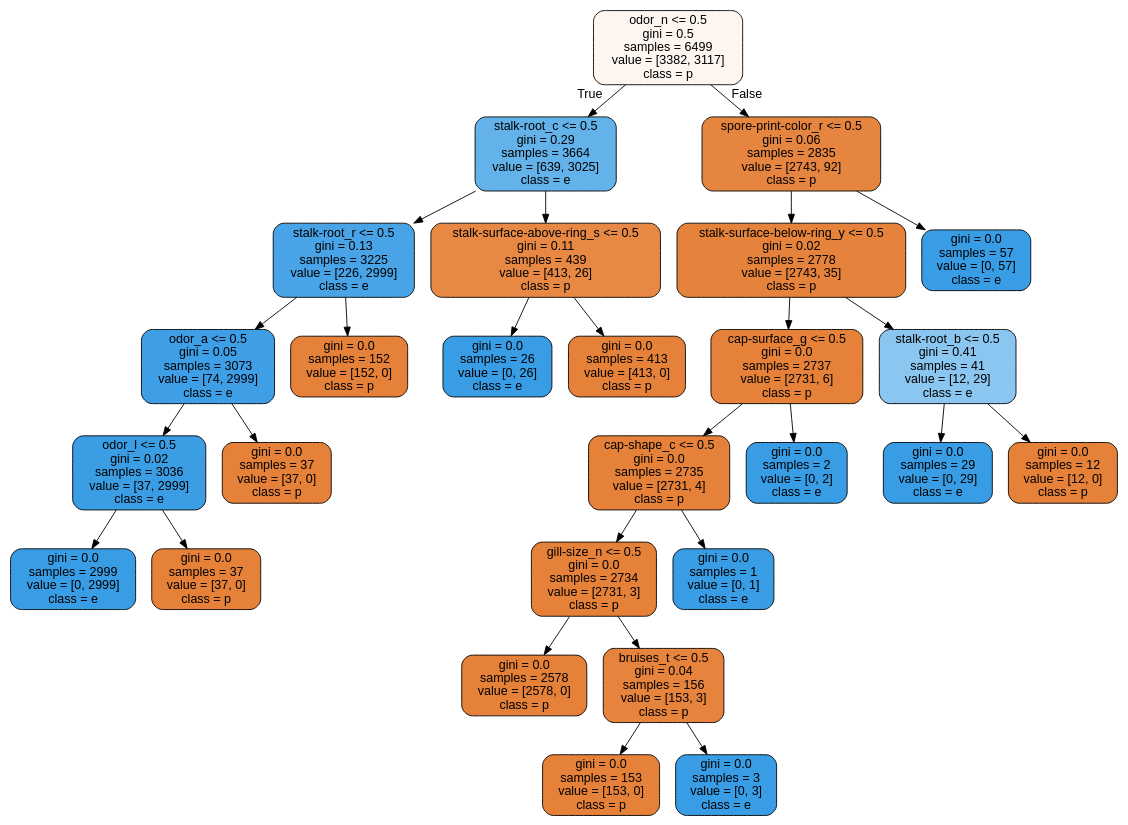
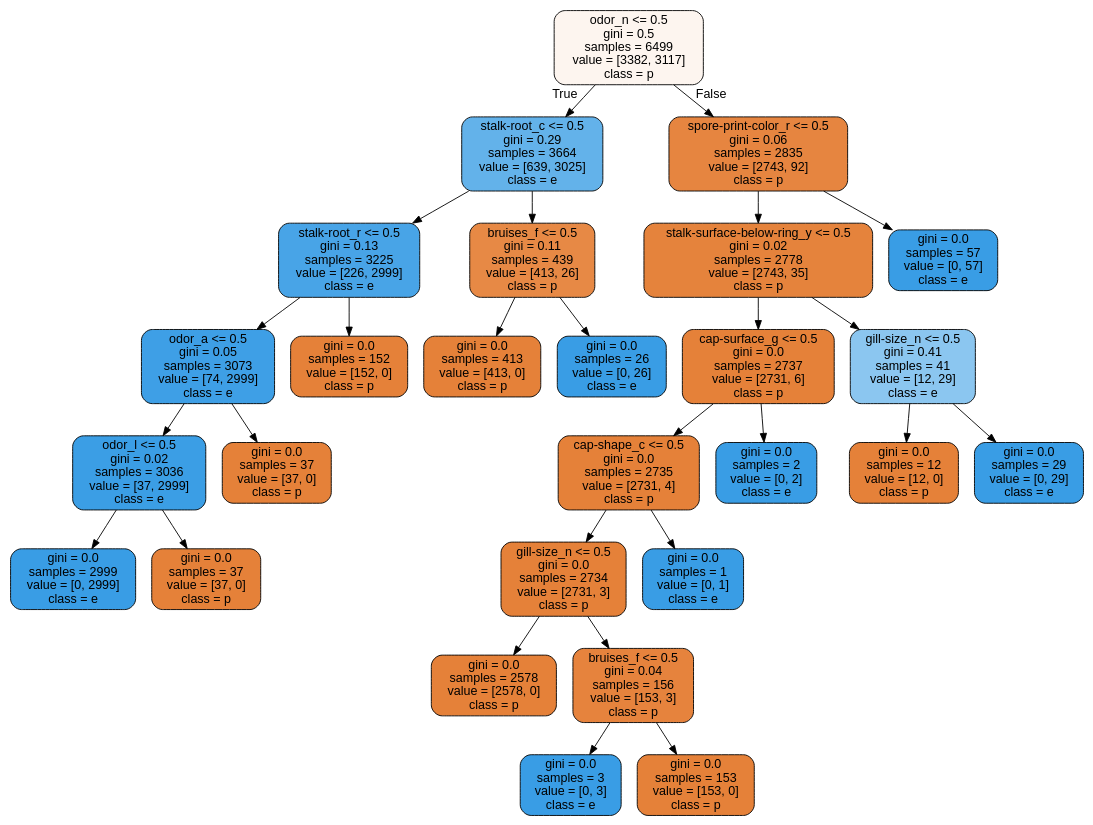
One commit to radroid/ml-algorithms-assignments changed the diagram in decision_trees_assignment_4/notebooks/tree1.dot. Above: the diagram before and after it, drawn with Graphviz. The commit also changed 3 other files, not shown here.

Commit message:
Update tree diagrams

```diff
--- a/decision_trees_assignment_4/notebooks/tree1.dot
+++ b/decision_trees_assignment_4/notebooks/tree1.dot
@@ -1,57 +1,57 @@
 digraph Tree {
 node [shape=box, style="filled, rounded", color="black", fontname=helvetica] ;
 edge [fontname=helvetica] ;
 0 [label="odor_n <= 0.5\ngini = 0.5\nsamples = 6499\nvalue = [3382, 3117]\nclass = p", fillcolor="#fdf5ef"] ;
 1 [label="stalk-root_c <= 0.5\ngini = 0.29\nsamples = 3664\nvalue = [639, 3025]\nclass = e", fillcolor="#63b2ea"] ;
 0 -> 1 [labeldistance=2.5, labelangle=45, headlabel="True"] ;
 2 [label="stalk-root_r <= 0.5\ngini = 0.13\nsamples = 3225\nvalue = [226, 2999]\nclass = e", fillcolor="#48a4e7"] ;
 1 -> 2 ;
 3 [label="odor_a <= 0.5\ngini = 0.05\nsamples = 3073\nvalue = [74, 2999]\nclass = e", fillcolor="#3e9fe6"] ;
 2 -> 3 ;
 4 [label="odor_l <= 0.5\ngini = 0.02\nsamples = 3036\nvalue = [37, 2999]\nclass = e", fillcolor="#3b9ee5"] ;
 3 -> 4 ;
 5 [label="gini = 0.0\nsamples = 2999\nvalue = [0, 2999]\nclass = e", fillcolor="#399de5"] ;
 4 -> 5 ;
 6 [label="gini = 0.0\nsamples = 37\nvalue = [37, 0]\nclass = p", fillcolor="#e58139"] ;
 4 -> 6 ;
 7 [label="gini = 0.0\nsamples = 37\nvalue = [37, 0]\nclass = p", fillcolor="#e58139"] ;
 3 -> 7 ;
 8 [label="gini = 0.0\nsamples = 152\nvalue = [152, 0]\nclass = p", fillcolor="#e58139"] ;
 2 -> 8 ;
-9 [label="stalk-surface-above-ring_s <= 0.5\ngini = 0.11\nsamples = 439\nvalue = [413, 26]\nclass = p", fillcolor="#e78945"] ;
+9 [label="bruises_f <= 0.5\ngini = 0.11\nsamples = 439\nvalue = [413, 26]\nclass = p", fillcolor="#e78945"] ;
 1 -> 9 ;
-10 [label="gini = 0.0\nsamples = 26\nvalue = [0, 26]\nclass = e", fillcolor="#399de5"] ;
+10 [label="gini = 0.0\nsamples = 413\nvalue = [413, 0]\nclass = p", fillcolor="#e58139"] ;
 9 -> 10 ;
-11 [label="gini = 0.0\nsamples = 413\nvalue = [413, 0]\nclass = p", fillcolor="#e58139"] ;
+11 [label="gini = 0.0\nsamples = 26\nvalue = [0, 26]\nclass = e", fillcolor="#399de5"] ;
 9 -> 11 ;
 12 [label="spore-print-color_r <= 0.5\ngini = 0.06\nsamples = 2835\nvalue = [2743, 92]\nclass = p", fillcolor="#e68540"] ;
 0 -> 12 [labeldistance=2.5, labelangle=-45, headlabel="False"] ;
 13 [label="stalk-surface-below-ring_y <= 0.5\ngini = 0.02\nsamples = 2778\nvalue = [2743, 35]\nclass = p", fillcolor="#e5833c"] ;
 12 -> 13 ;
 14 [label="cap-surface_g <= 0.5\ngini = 0.0\nsamples = 2737\nvalue = [2731, 6]\nclass = p", fillcolor="#e58139"] ;
 13 -> 14 ;
 15 [label="cap-shape_c <= 0.5\ngini = 0.0\nsamples = 2735\nvalue = [2731, 4]\nclass = p", fillcolor="#e58139"] ;
 14 -> 15 ;
 16 [label="gill-size_n <= 0.5\ngini = 0.0\nsamples = 2734\nvalue = [2731, 3]\nclass = p", fillcolor="#e58139"] ;
 15 -> 16 ;
 17 [label="gini = 0.0\nsamples = 2578\nvalue = [2578, 0]\nclass = p", fillcolor="#e58139"] ;
 16 -> 17 ;
-18 [label="bruises_t <= 0.5\ngini = 0.04\nsamples = 156\nvalue = [153, 3]\nclass = p", fillcolor="#e6833d"] ;
+18 [label="bruises_f <= 0.5\ngini = 0.04\nsamples = 156\nvalue = [153, 3]\nclass = p", fillcolor="#e6833d"] ;
 16 -> 18 ;
-19 [label="gini = 0.0\nsamples = 153\nvalue = [153, 0]\nclass = p", fillcolor="#e58139"] ;
+19 [label="gini = 0.0\nsamples = 3\nvalue = [0, 3]\nclass = e", fillcolor="#399de5"] ;
 18 -> 19 ;
-20 [label="gini = 0.0\nsamples = 3\nvalue = [0, 3]\nclass = e", fillcolor="#399de5"] ;
+20 [label="gini = 0.0\nsamples = 153\nvalue = [153, 0]\nclass = p", fillcolor="#e58139"] ;
 18 -> 20 ;
 21 [label="gini = 0.0\nsamples = 1\nvalue = [0, 1]\nclass = e", fillcolor="#399de5"] ;
 15 -> 21 ;
 22 [label="gini = 0.0\nsamples = 2\nvalue = [0, 2]\nclass = e", fillcolor="#399de5"] ;
 14 -> 22 ;
-23 [label="stalk-root_b <= 0.5\ngini = 0.41\nsamples = 41\nvalue = [12, 29]\nclass = e", fillcolor="#8bc6f0"] ;
+23 [label="gill-size_n <= 0.5\ngini = 0.41\nsamples = 41\nvalue = [12, 29]\nclass = e", fillcolor="#8bc6f0"] ;
 13 -> 23 ;
-24 [label="gini = 0.0\nsamples = 29\nvalue = [0, 29]\nclass = e", fillcolor="#399de5"] ;
+24 [label="gini = 0.0\nsamples = 12\nvalue = [12, 0]\nclass = p", fillcolor="#e58139"] ;
 23 -> 24 ;
-25 [label="gini = 0.0\nsamples = 12\nvalue = [12, 0]\nclass = p", fillcolor="#e58139"] ;
+25 [label="gini = 0.0\nsamples = 29\nvalue = [0, 29]\nclass = e", fillcolor="#399de5"] ;
 23 -> 25 ;
 26 [label="gini = 0.0\nsamples = 57\nvalue = [0, 57]\nclass = e", fillcolor="#399de5"] ;
 12 -> 26 ;
 }
```
